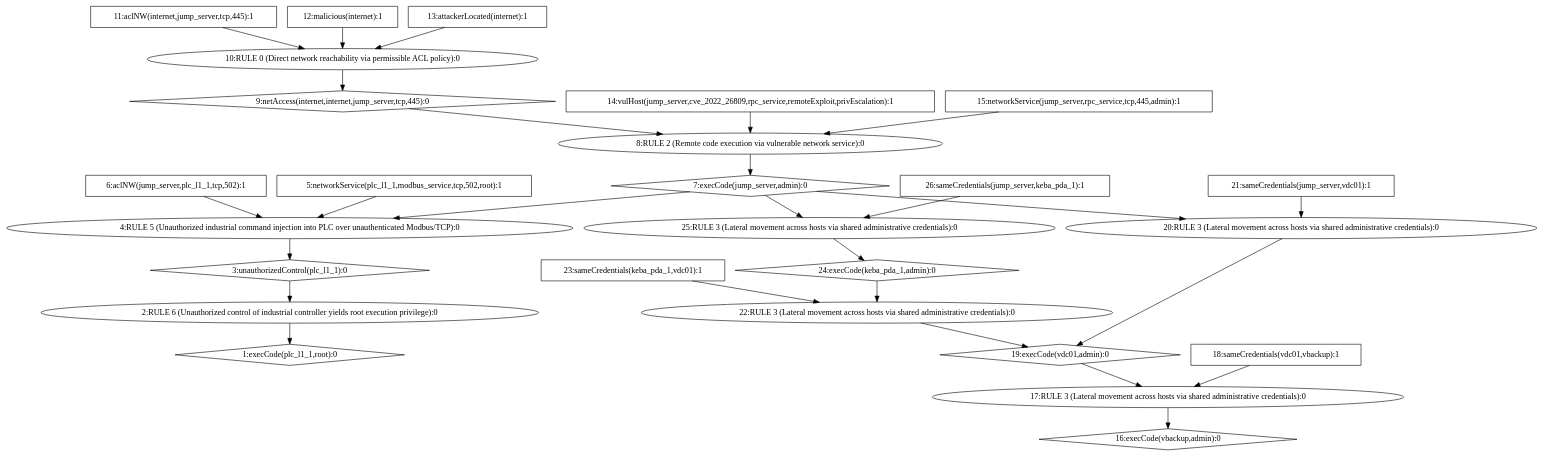
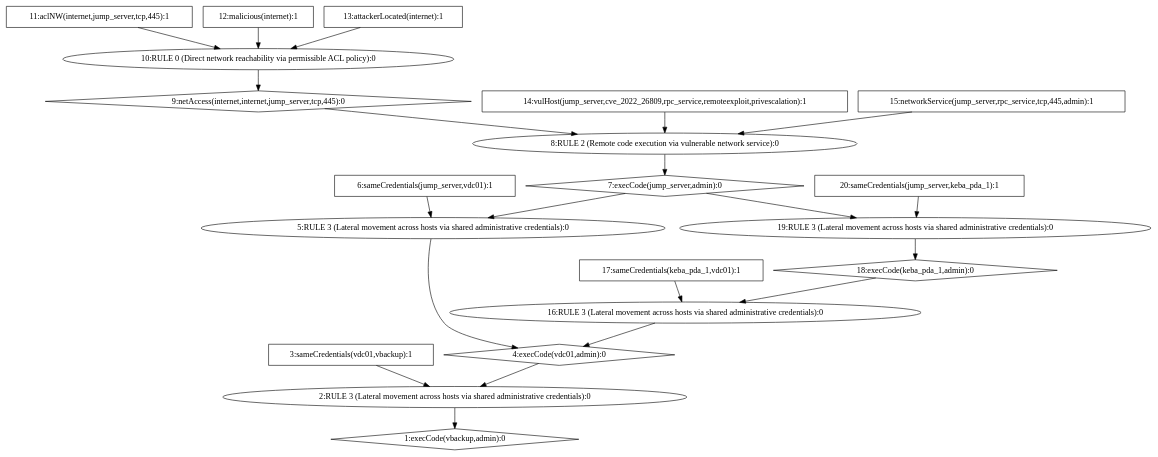
The diagram in ot_pipeline/results/dot/AttackGraph_02_Lateral_Credential_Reuse.dot (kacurrelsja/MULVAL), drawn with Graphviz before and after one commit. The commit also changed 52 other files, not shown here.

```diff
--- a/ot_pipeline/results/dot/AttackGraph_02_Lateral_Credential_Reuse.dot
+++ b/ot_pipeline/results/dot/AttackGraph_02_Lateral_Credential_Reuse.dot
@@ -1,54 +1,42 @@
 digraph G {
-	1 [label="1:execCode(plc_l1_1,root):0",shape=diamond];
-	2 [label="2:RULE 6 (Unauthorized control of industrial controller yields root execution privilege):0",shape=ellipse];
-	3 [label="3:unauthorizedControl(plc_l1_1):0",shape=diamond];
-	4 [label="4:RULE 5 (Unauthorized industrial command injection into PLC over unauthenticated Modbus/TCP):0",shape=ellipse];
-	5 [label="5:networkService(plc_l1_1,modbus_service,tcp,502,root):1",shape=box];
-	6 [label="6:aclNW(jump_server,plc_l1_1,tcp,502):1",shape=box];
+	1 [label="1:execCode(vbackup,admin):0",shape=diamond];
+	2 [label="2:RULE 3 (Lateral movement across hosts via shared administrative credentials):0",shape=ellipse];
+	3 [label="3:sameCredentials(vdc01,vbackup):1",shape=box];
+	4 [label="4:execCode(vdc01,admin):0",shape=diamond];
+	5 [label="5:RULE 3 (Lateral movement across hosts via shared administrative credentials):0",shape=ellipse];
+	6 [label="6:sameCredentials(jump_server,vdc01):1",shape=box];
 	7 [label="7:execCode(jump_server,admin):0",shape=diamond];
 	8 [label="8:RULE 2 (Remote code execution via vulnerable network service):0",shape=ellipse];
 	9 [label="9:netAccess(internet,internet,jump_server,tcp,445):0",shape=diamond];
 	10 [label="10:RULE 0 (Direct network reachability via permissible ACL policy):0",shape=ellipse];
 	11 [label="11:aclNW(internet,jump_server,tcp,445):1",shape=box];
 	12 [label="12:malicious(internet):1",shape=box];
 	13 [label="13:attackerLocated(internet):1",shape=box];
-	14 [label="14:vulHost(jump_server,cve_2022_26809,rpc_service,remoteExploit,privEscalation):1",shape=box];
+	14 [label="14:vulHost(jump_server,cve_2022_26809,rpc_service,remoteexploit,privescalation):1",shape=box];
 	15 [label="15:networkService(jump_server,rpc_service,tcp,445,admin):1",shape=box];
-	16 [label="16:execCode(vbackup,admin):0",shape=diamond];
-	17 [label="17:RULE 3 (Lateral movement across hosts via shared administrative credentials):0",shape=ellipse];
-	18 [label="18:sameCredentials(vdc01,vbackup):1",shape=box];
-	19 [label="19:execCode(vdc01,admin):0",shape=diamond];
-	20 [label="20:RULE 3 (Lateral movement across hosts via shared administrative credentials):0",shape=ellipse];
-	21 [label="21:sameCredentials(jump_server,vdc01):1",shape=box];
-	22 [label="22:RULE 3 (Lateral movement across hosts via shared administrative credentials):0",shape=ellipse];
-	23 [label="23:sameCredentials(keba_pda_1,vdc01):1",shape=box];
-	24 [label="24:execCode(keba_pda_1,admin):0",shape=diamond];
-	25 [label="25:RULE 3 (Lateral movement across hosts via shared administrative credentials):0",shape=ellipse];
-	26 [label="26:sameCredentials(jump_server,keba_pda_1):1",shape=box];
-	5 -> 	4;
-	6 -> 	4;
+	16 [label="16:RULE 3 (Lateral movement across hosts via shared administrative credentials):0",shape=ellipse];
+	17 [label="17:sameCredentials(keba_pda_1,vdc01):1",shape=box];
+	18 [label="18:execCode(keba_pda_1,admin):0",shape=diamond];
+	19 [label="19:RULE 3 (Lateral movement across hosts via shared administrative credentials):0",shape=ellipse];
+	20 [label="20:sameCredentials(jump_server,keba_pda_1):1",shape=box];
+	3 -> 	2;
+	6 -> 	5;
 	11 -> 	10;
 	12 -> 	10;
 	13 -> 	10;
 	10 -> 	9;
 	9 -> 	8;
 	14 -> 	8;
 	15 -> 	8;
 	8 -> 	7;
-	7 -> 	4;
-	4 -> 	3;
-	3 -> 	2;
+	7 -> 	5;
+	5 -> 	4;
+	17 -> 	16;
+	20 -> 	19;
+	7 -> 	19;
+	19 -> 	18;
+	18 -> 	16;
+	16 -> 	4;
+	4 -> 	2;
 	2 -> 	1;
-	18 -> 	17;
-	21 -> 	20;
-	7 -> 	20;
-	20 -> 	19;
-	23 -> 	22;
-	26 -> 	25;
-	7 -> 	25;
-	25 -> 	24;
-	24 -> 	22;
-	22 -> 	19;
-	19 -> 	17;
-	17 -> 	16;
 }
```
